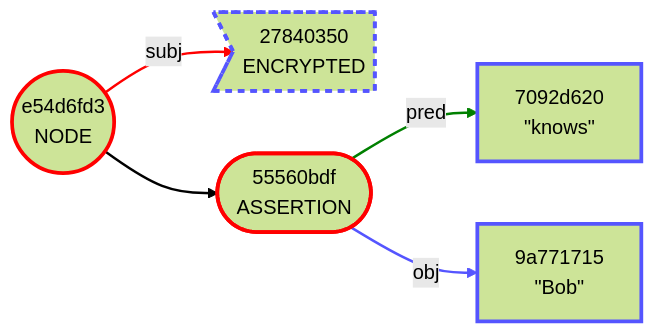
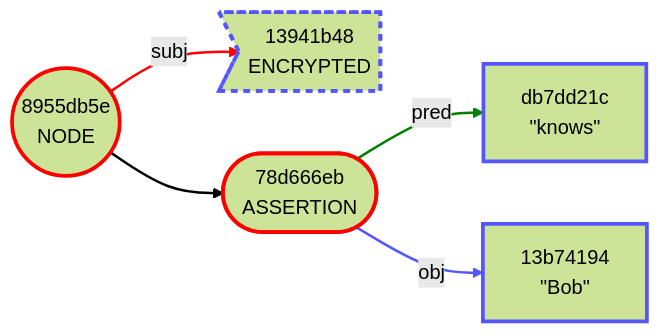
Before and after one commit to BlockchainCommons/Gordian: the fifth of 26 diagrams in Envelope/OutputFormats.md, drawn with Mermaid (forest theme). The commit also changed other lines of this file and 6 other files, not shown here.

````diff
--- a/Envelope/OutputFormats.md
+++ b/Envelope/OutputFormats.md
@@ -169,21 +197,21 @@
 ```mermaid
 graph LR
-    1(("e54d6fd3<br/>NODE"))
-    2>"27840350<br/>ENCRYPTED"]
-    3(["55560bdf<br/>ASSERTION"])
-    4["7092d620<br/>#quot;knows#quot;"]
-    5["9a771715<br/>#quot;Bob#quot;"]
+    1(("8955db5e<br/>NODE"))
+    2>"13941b48<br/>ENCRYPTED"]
+    3(["78d666eb<br/>ASSERTION"])
+    4["db7dd21c<br/>#quot;knows#quot;"]
+    5["13b74194<br/>#quot;Bob#quot;"]
     1 -->|subj| 2
     1 --> 3
     3 -->|pred| 4
     3 -->|obj| 5
     style 1 stroke:red,stroke-width:3.0px
     style 2 stroke:#55f,stroke-width:3.0px,stroke-dasharray:5.0 5.0
     style 3 stroke:red,stroke-width:3.0px
     style 4 stroke:#55f,stroke-width:3.0px
     style 5 stroke:#55f,stroke-width:3.0px
     linkStyle 0 stroke:red,stroke-width:2.0px
     linkStyle 1 stroke-width:2.0px
     linkStyle 2 stroke:green,stroke-width:2.0px
     linkStyle 3 stroke:#55f,stroke-width:2.0px
 ```
````
